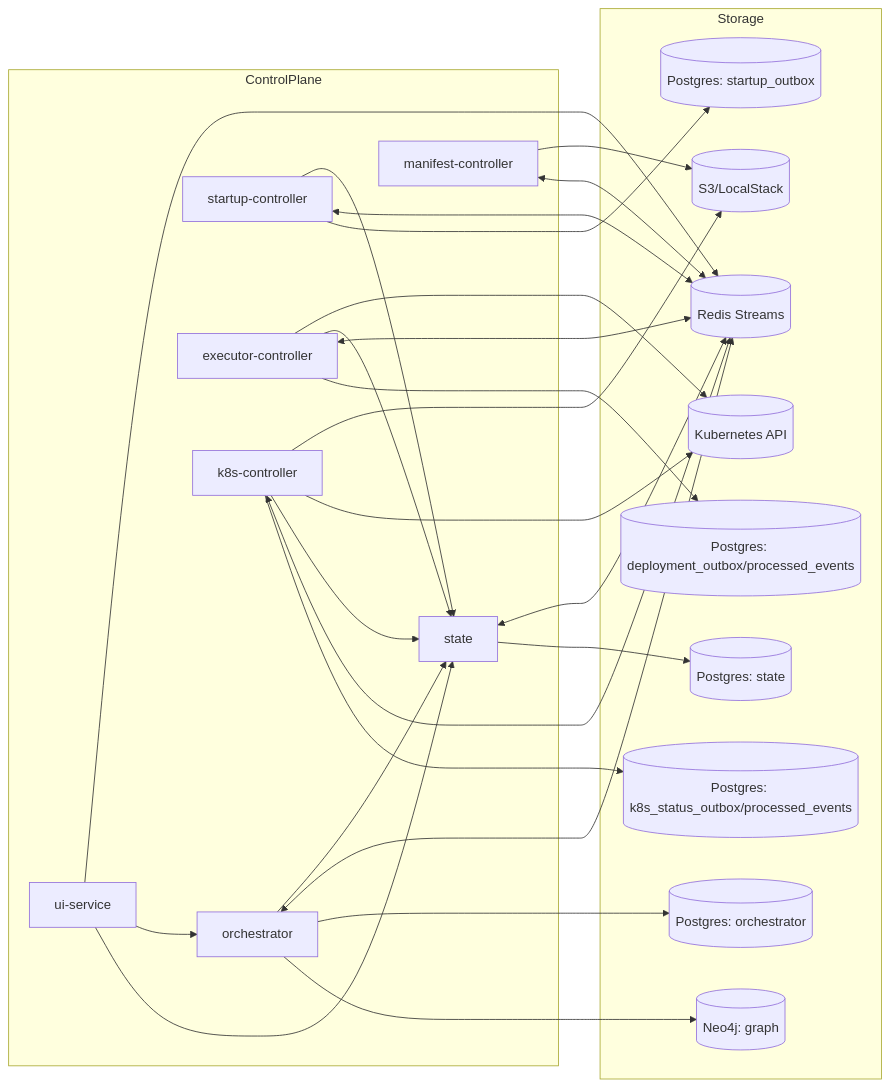
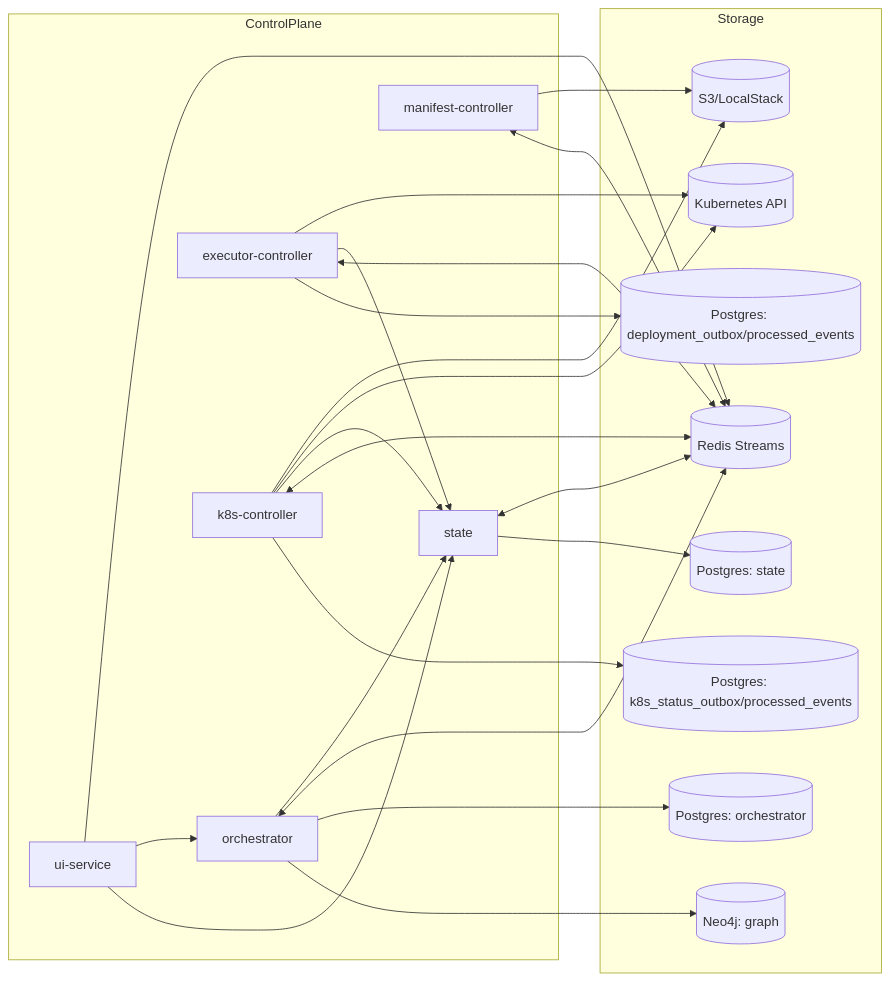
The first of 2 diagrams in docs/arch/01-topology.md (carolsimone/continuo), drawn with Mermaid before and after one commit. The commit also changed other lines of this file and 2 other files, not shown here.

First line of the commit message:
fix(deploy): remove startup-controller from app values — image was never built

````diff
--- a/docs/arch/01-topology.md
+++ b/docs/arch/01-topology.md
@@ -5,51 +5,46 @@
 ```mermaid
 flowchart LR
   subgraph ControlPlane
     ST[state]
     OR[orchestrator]
-    SC[startup-controller]
     EC[executor-controller]
     KC[k8s-controller]
     MC[manifest-controller]
     UI[ui-service]
   end
 
   subgraph Storage
     STDB[(Postgres: state)]
     ORPG[(Postgres: orchestrator)]
     GRDB[(Neo4j: graph)]
-    SCPG[(Postgres: startup_outbox)]
     ECPG[(Postgres: deployment_outbox/processed_events)]
     KCPG[(Postgres: k8s_status_outbox/processed_events)]
     S3[(S3/LocalStack)]
     K8S[(Kubernetes API)]
     R[(Redis Streams)]
   end
 
   ST --> STDB
   OR --> GRDB
   OR --> ORPG
-  SC --> SCPG
   EC --> ECPG
   KC --> KCPG
 
   ST <--> R
-  SC <--> R
   OR <--> R
   EC <--> R
   KC <--> R
   MC <--> R
 
-  SC --> ST
   OR --> ST
   EC --> ST
   KC --> ST
   UI --> ST
   UI --> OR
   UI --> R
 
   EC --> K8S
   KC --> K8S
   KC --> S3
   MC --> S3
 ```
````
